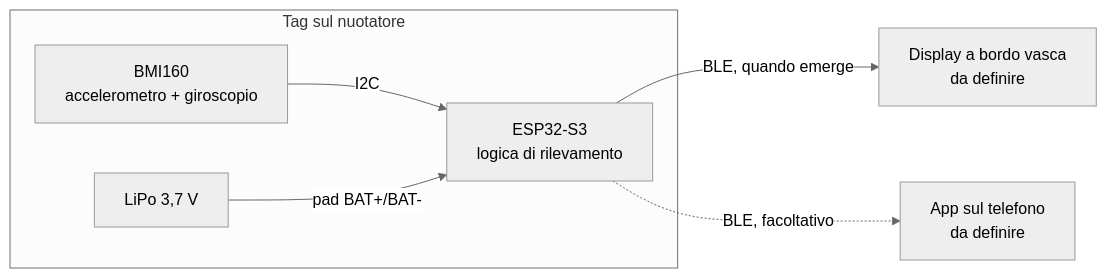
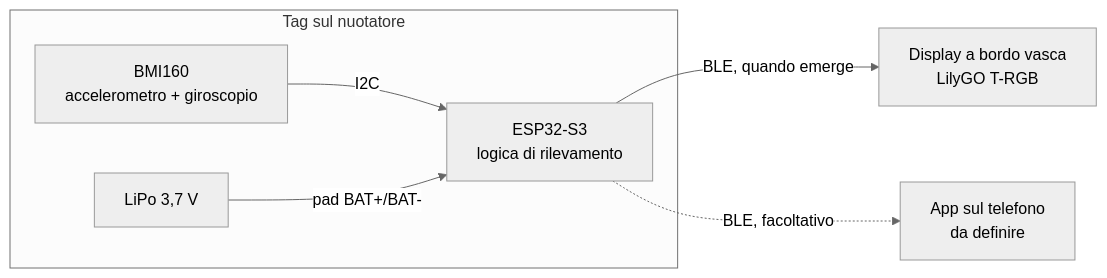
One commit to PZero/SwimTimer changed the diagram in README.md. Above: the diagram before and after it, drawn with Mermaid (neutral theme). The commit also changed other lines of this file and 5 other files, not shown here.

Commit message:
elettronica: schema con batteria sui pad BAT e display LilyGO T-RGB

````diff
--- a/README.md
+++ b/README.md
@@ -54,9 +54,9 @@
 ```mermaid
 flowchart LR
   subgraph TAG[Tag sul nuotatore]
     S[BMI160<br/>accelerometro + giroscopio] -- I2C --> M[ESP32-S3<br/>logica di rilevamento]
     B[LiPo 3,7 V] -- pad BAT+/BAT- --> M
   end
-  M -- BLE, quando emerge --> D[Display a bordo vasca<br/>da definire]
+  M -- BLE, quando emerge --> D[Display a bordo vasca<br/>LilyGO T-RGB]
   M -. BLE, facoltativo .-> A[App sul telefono<br/>da definire]
 ```
````
